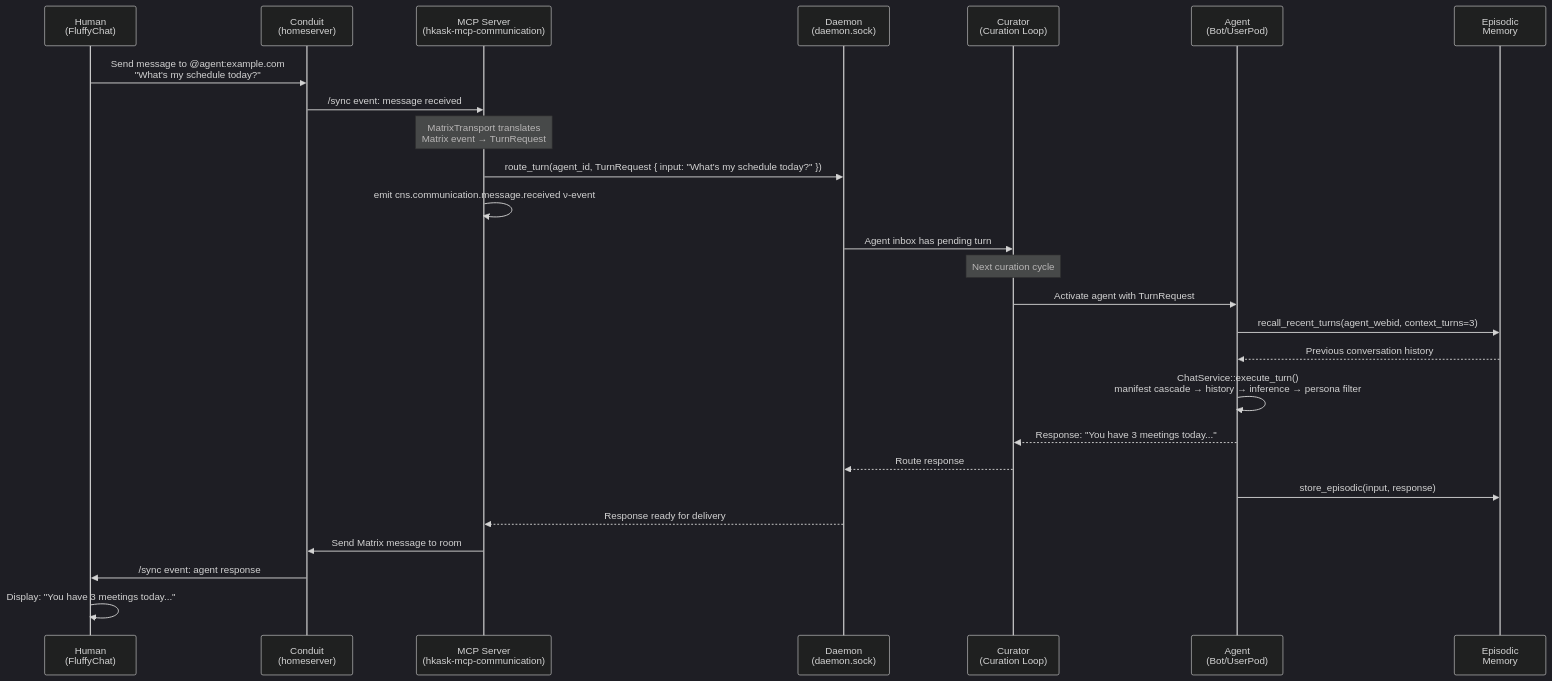
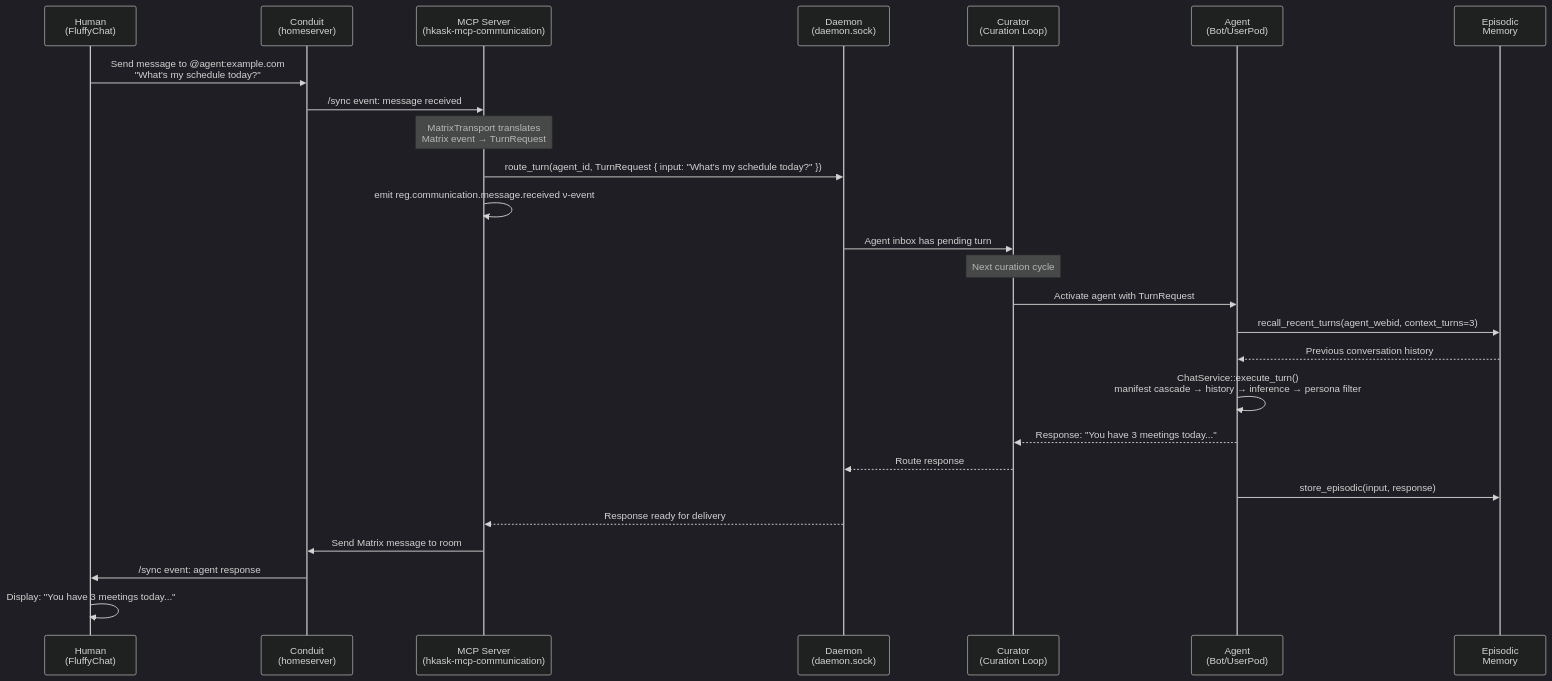
The tenth of 24 diagrams in docs/architecture/core/hKask-architecture-master.md (mdz-axo/hKask), drawn with Mermaid (dark theme) before and after one commit. The commit also changed other lines of this file and 68 other files, not shown here.

````diff
--- a/docs/architecture/core/hKask-architecture-master.md
+++ b/docs/architecture/core/hKask-architecture-master.md
@@ -2302,39 +2302,39 @@
 ```mermaid
 sequenceDiagram
     participant H as Human<br/>(FluffyChat)
     participant C as Conduit<br/>(homeserver)
     participant M as MCP Server<br/>(hkask-mcp-communication)
     participant D as Daemon<br/>(daemon.sock)
     participant Cu as Curator<br/>(Curation Loop)
     participant A as Agent<br/>(Bot/UserPod)
     participant E as Episodic<br/>Memory
 
     H->>C: Send message to @agent:example.com<br/>"What's my schedule today?"
     C->>M: /sync event: message received
     
     Note over M: MatrixTransport translates<br/>Matrix event → TurnRequest
     
     M->>D: route_turn(agent_id, TurnRequest { input: "What's my schedule today?" })
-    M->>M: emit cns.communication.message.received ν-event
+    M->>M: emit reg.communication.message.received ν-event
     
     D->>Cu: Agent inbox has pending turn
     
     Note over Cu: Next curation cycle
     
     Cu->>A: Activate agent with TurnRequest
     
     A->>E: recall_recent_turns(agent_webid, context_turns=3)
     E-->>A: Previous conversation history
     
     A->>A: ChatService::execute_turn()<br/>manifest cascade → history → inference → persona filter
     
     A-->>Cu: Response: "You have 3 meetings today..."
     Cu-->>D: Route response
     
     A->>E: store_episodic(input, response)
     
     D-->>M: Response ready for delivery
     M->>C: Send Matrix message to room
     C->>H: /sync event: agent response
     H->>H: Display: "You have 3 meetings today..."
 ```
````
